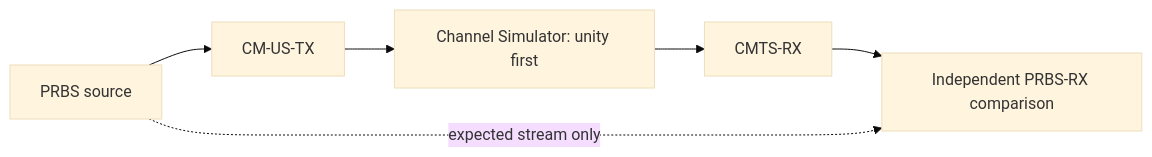
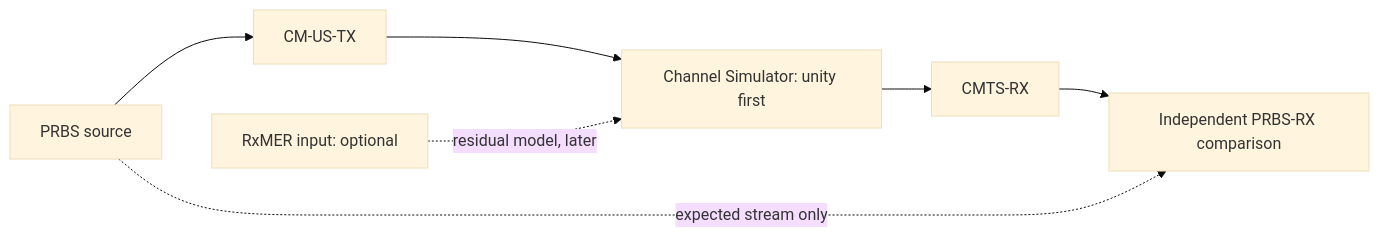
The diagram in README.md (PyPNMApps/morgana), drawn with Mermaid (base theme) before and after one commit. The commit also changed other lines of this file and 5 other files, not shown here.

Commit message:
Documentation: Stage channel and RxMER architecture - Add linked channel stages and upstream RxMER input - Add major-section contents and planned file paths - Tests: Validation gate and section links pass

````diff
--- a/README.md
+++ b/README.md
@@ -93,8 +93,9 @@
 ```mermaid
 flowchart LR
     SOURCE[PRBS source] --> TX[CM-US-TX]
     TX --> CHANNEL[Channel Simulator: unity first]
+    MER[RxMER input: optional] -. residual model, later .-> CHANNEL
     CHANNEL --> RX[CMTS-RX]
     RX --> VERIFY[Independent PRBS-RX comparison]
     SOURCE -. expected stream only .-> VERIFY
 ```
````
